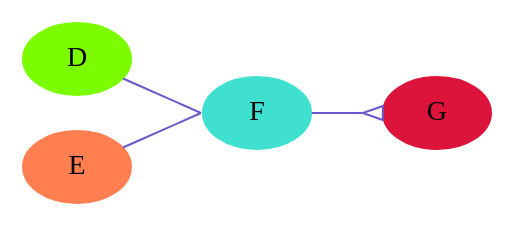
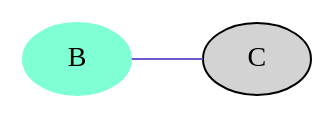
Before and after one commit to graphviz-perl/GraphViz2-Marpa-PathUtils: the diagram in out/clusters.out.07.003.gv, drawn with Graphviz. The commit also changed 47 other files, not shown here.

```diff
--- a/out/clusters.out.07.003.gv
+++ b/out/clusters.out.07.003.gv
@@ -1,15 +1,11 @@
 digraph Perl
 {
 	graph[rankdir = "LR"]
 	node[shape = "oval"]
 	edge[color = "slateblue"]
 	node[style = "filled"]
-	D[color = "lawngreen"]
-	E[color = "coral"]
-	G[color = "crimson"]
-	F[color = "turquoise"]
-	D -> F[arrowhead = "none" label = "" samehead = "1"]
-	E -> F[arrowhead = "none" label = "" samehead = "1"]
-	F -> G[arrowhead = "invempty" label = "" sametail = "1"]
+	B[color = "aquamarine"]
+	C
+	B -> C[arrowhead = "none" label = "" samehead = "1"]
 
 }
```
